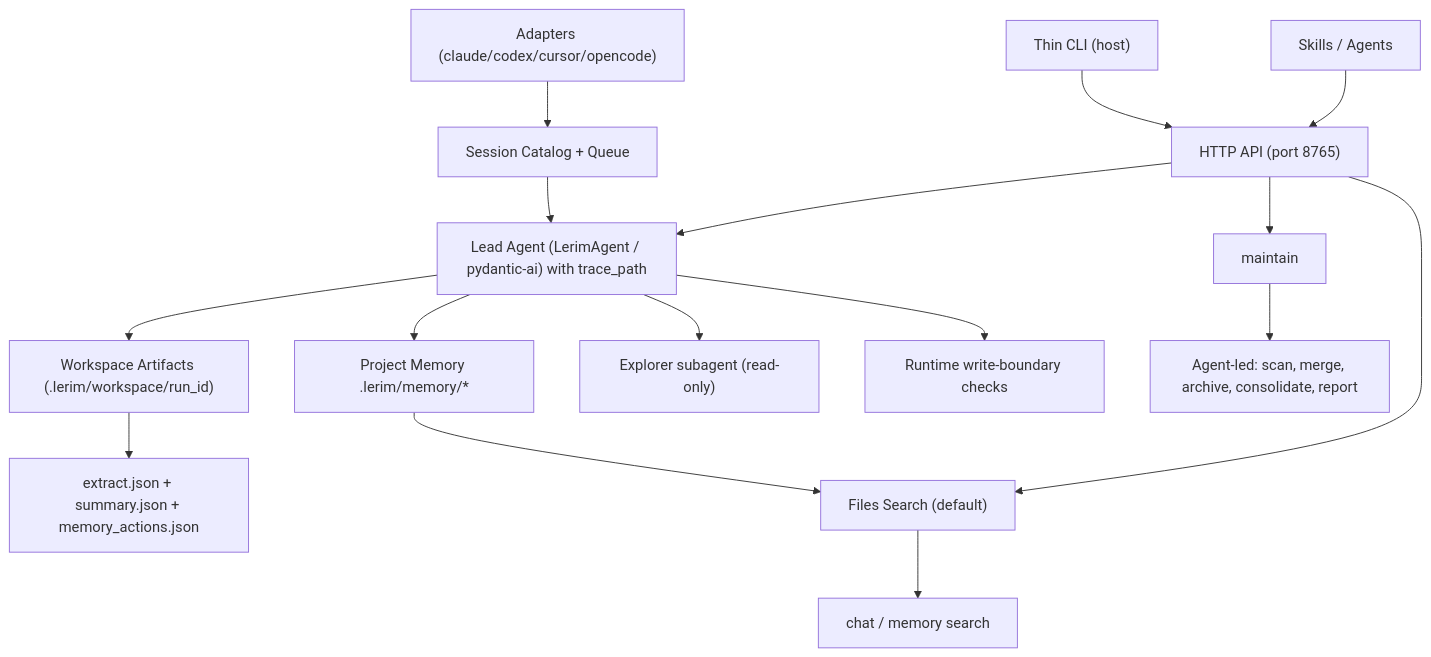
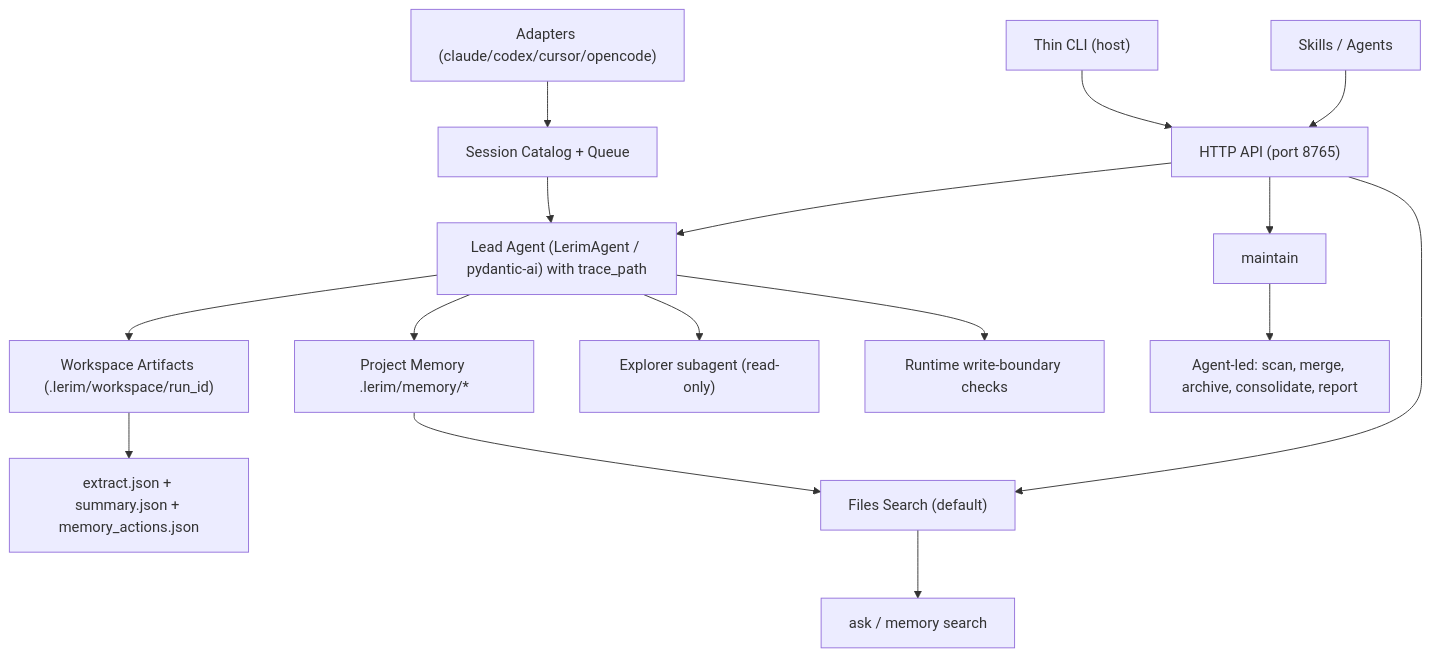
The diagram in docs/architecture.md (lerim-dev/lerim-cli), drawn with Mermaid before and after one commit. The commit also changed other lines of this file and 5 other files, not shown here.

````diff
--- a/docs/architecture.md
+++ b/docs/architecture.md
@@ -45,21 +45,21 @@
 ```mermaid
 flowchart TD
     A["Adapters (claude/codex/cursor/opencode)"] --> B["Session Catalog + Queue"]
     B --> C["Lead Agent (LerimAgent / pydantic-ai) with trace_path"]
     C --> D["Workspace Artifacts (.lerim/workspace/run_id)"]
     D --> E["extract.json + summary.json + memory_actions.json"]
     C --> F["Project Memory .lerim/memory/*"]
     C --> O["Explorer subagent (read-only)"]
     C --> P["Runtime write-boundary checks"]
 
     F --> H["Files Search (default)"]
-    H --> L["chat / memory search"]
+    H --> L["ask / memory search"]
 
     M["maintain"] --> N["Agent-led: scan, merge, archive, consolidate, report"]
 
     API["HTTP API (port 8765)"] --> C
     API --> H
     API --> M
     CLI["Thin CLI (host)"] --> API
     SKILLS["Skills / Agents"] --> API
 ```
````
